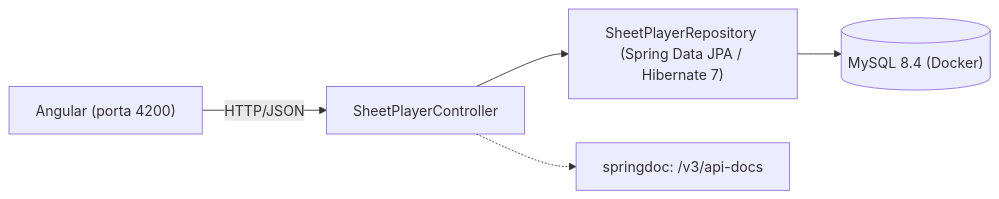
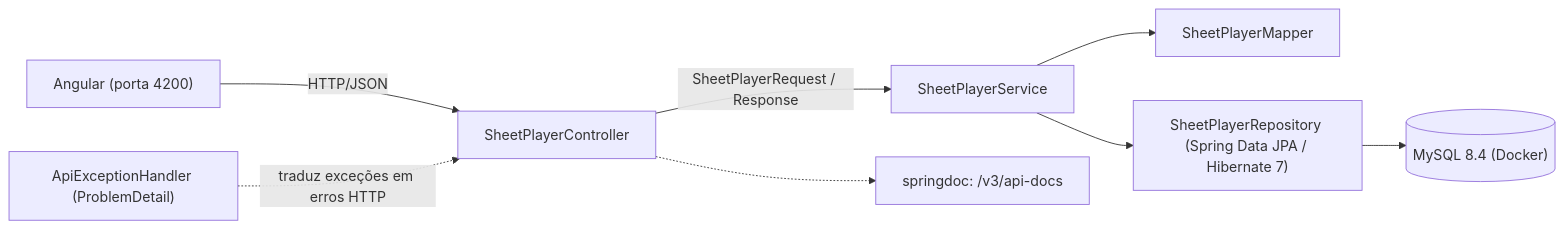
One commit to Deive25/Gerenciador-de-Fichas-RPG changed the diagram in README.md. Above: the diagram before and after it, drawn with Mermaid. The commit also changed other lines of this file and 2 other files, not shown here.

First line of the commit message:
docs: documenta o incremento 1.3 (API, erros, testes e ADRs 0007 e 0008)

````diff
--- a/README.md
+++ b/README.md
@@ -57,7 +75,10 @@
 ```mermaid
 flowchart LR
     A["Angular (porta 4200)"] -->|HTTP/JSON| B[SheetPlayerController]
-    B --> C["SheetPlayerRepository (Spring Data JPA / Hibernate 7)"]
-    C --> D[("MySQL 8.4 (Docker)")]
-    B -.-> E["springdoc: /v3/api-docs"]
+    B -->|SheetPlayerRequest / Response| C[SheetPlayerService]
+    C --> M[SheetPlayerMapper]
+    C --> R["SheetPlayerRepository (Spring Data JPA / Hibernate 7)"]
+    R --> D[("MySQL 8.4 (Docker)")]
+    X["ApiExceptionHandler (ProblemDetail)"] -.->|traduz exceções em erros HTTP| B
+    B -.-> O["springdoc: /v3/api-docs"]
 ```
````
